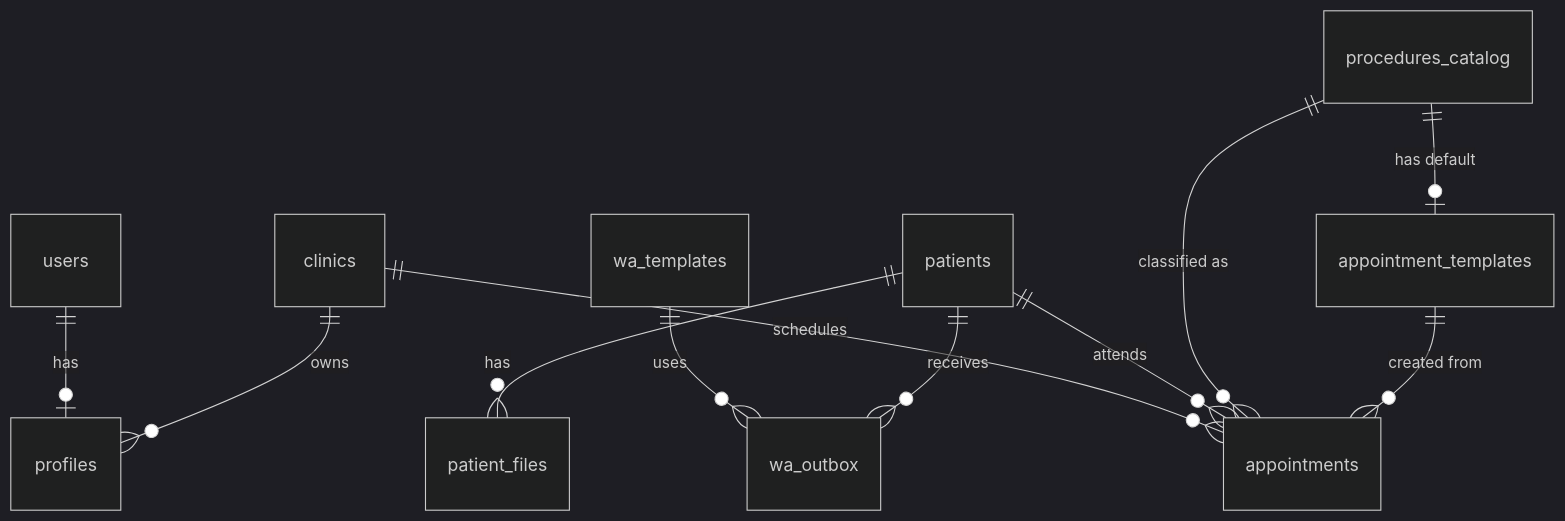
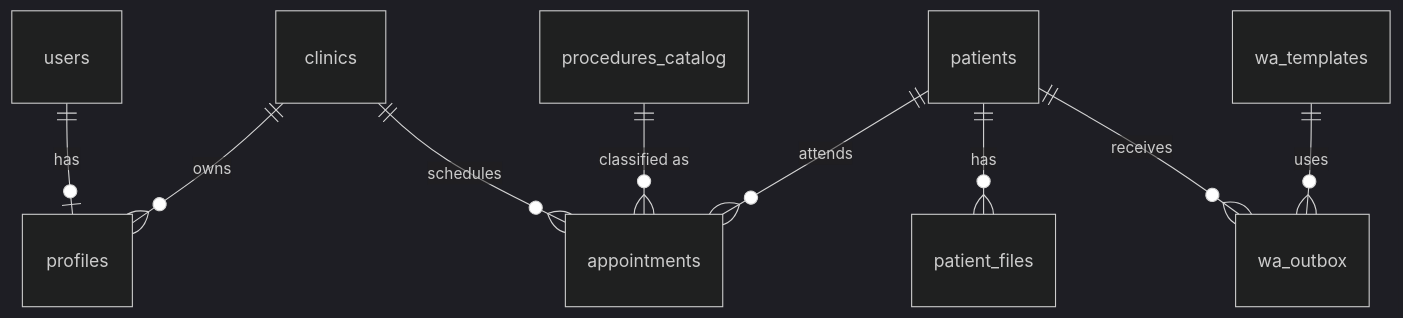
The diagram in docs/Smile_More_Calendar_Architecture_v.3.0.md (Kokoss74/smile-more-calendar), drawn with Mermaid (dark theme) before and after one commit. The commit also changed other lines of this file and 15 other files, not shown here.

````diff
--- a/docs/Smile_More_Calendar_Architecture_v.3.0.md
+++ b/docs/Smile_More_Calendar_Architecture_v.3.0.md
@@ -56,13 +56,11 @@
 ```mermaid
 erDiagram
   users ||--o| profiles : has
   clinics ||--o{ profiles : owns
   clinics ||--o{ appointments : schedules
   patients ||--o{ appointments : attends
   procedures_catalog ||--o{ appointments : "classified as"
   patients ||--o{ patient_files : has
-  appointment_templates ||--o{ appointments : "created from"
-  procedures_catalog ||--o| appointment_templates : "has default"
   wa_templates ||--o{ wa_outbox : "uses"
   patients ||--o{ wa_outbox : "receives"
 ```
````
